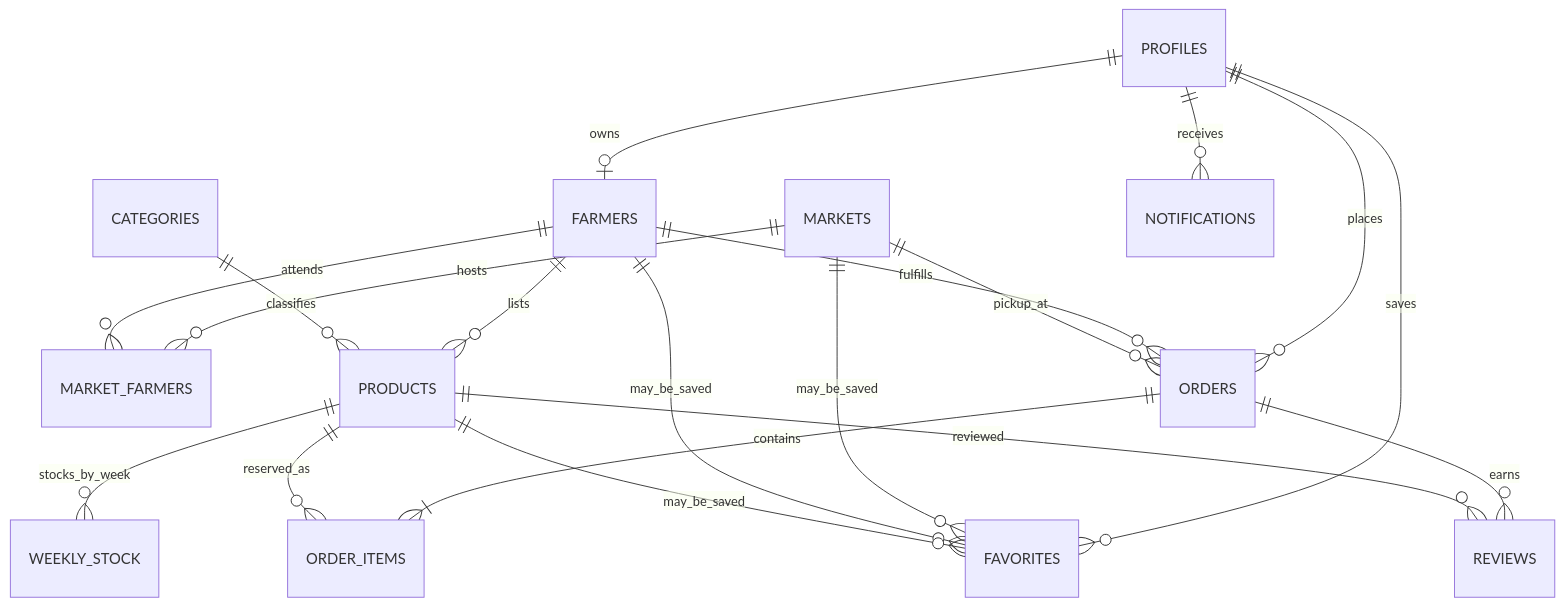
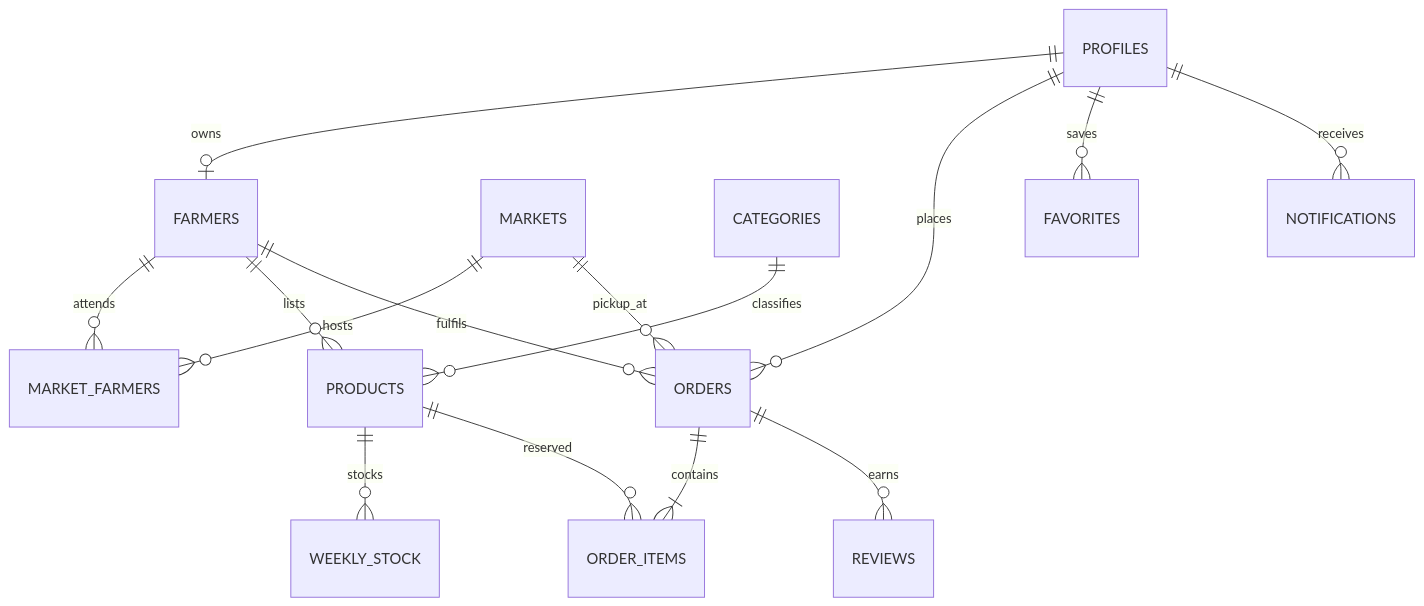
The third of 3 diagrams in docs/project-implementation-notes.md (wilsonwilas123-a11y/MarketLink), drawn with Mermaid before and after one commit. The commit also changed other lines of this file and 77 other files, not shown here.

````diff
--- a/docs/project-implementation-notes.md
+++ b/docs/project-implementation-notes.md
@@ -66,21 +79,17 @@
 ```mermaid
 erDiagram
   PROFILES ||--o| FARMERS : owns
   MARKETS ||--o{ MARKET_FARMERS : hosts
   FARMERS ||--o{ MARKET_FARMERS : attends
   FARMERS ||--o{ PRODUCTS : lists
   CATEGORIES ||--o{ PRODUCTS : classifies
-  PRODUCTS ||--o{ WEEKLY_STOCK : stocks_by_week
+  PRODUCTS ||--o{ WEEKLY_STOCK : stocks
   PROFILES ||--o{ ORDERS : places
-  FARMERS ||--o{ ORDERS : fulfills
+  FARMERS ||--o{ ORDERS : fulfils
   MARKETS ||--o{ ORDERS : pickup_at
   ORDERS ||--|{ ORDER_ITEMS : contains
-  PRODUCTS ||--o{ ORDER_ITEMS : reserved_as
+  PRODUCTS ||--o{ ORDER_ITEMS : reserved
+  ORDERS ||--o{ REVIEWS : earns
   PROFILES ||--o{ FAVORITES : saves
-  MARKETS ||--o{ FAVORITES : may_be_saved
-  FARMERS ||--o{ FAVORITES : may_be_saved
-  PRODUCTS ||--o{ FAVORITES : may_be_saved
-  ORDERS ||--o{ REVIEWS : earns
-  PRODUCTS ||--o{ REVIEWS : reviewed
   PROFILES ||--o{ NOTIFICATIONS : receives
 ```
````
